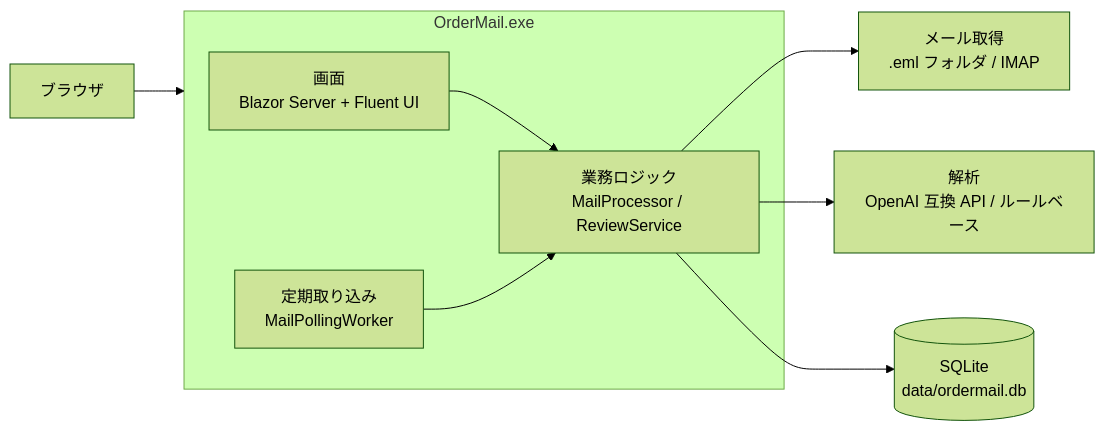
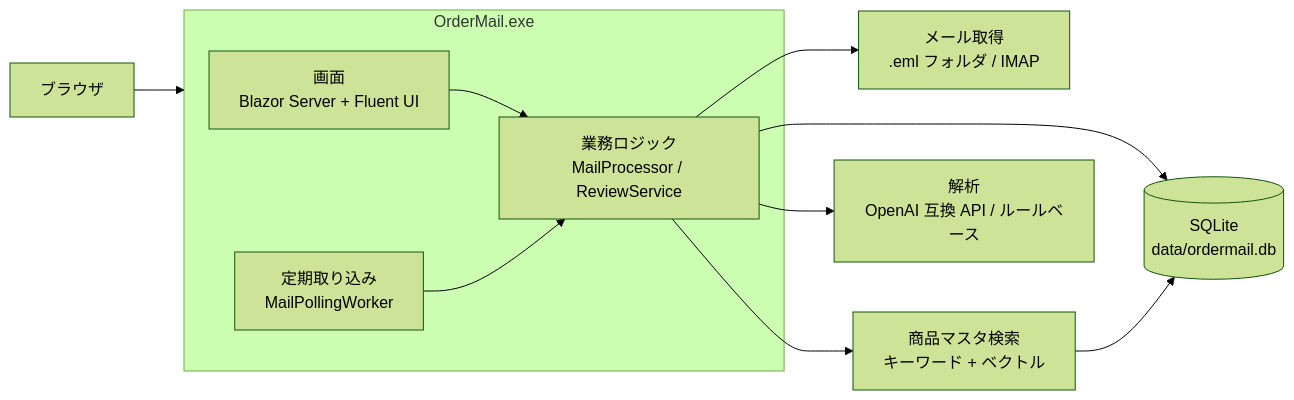
Before and after one commit to Shohei-Yamashiro/order-mail-ai: the first of 2 diagrams in README.md, drawn with Mermaid (forest theme). The commit also changed other lines of this file and 34 other files, not shown here.

````diff
--- a/README.md
+++ b/README.md
@@ -22,14 +24,16 @@
 ```mermaid
 flowchart LR
   B[ブラウザ] --> APP
   subgraph APP["OrderMail.exe"]
     UI[画面<br/>Blazor Server + Fluent UI]
     SVC[業務ロジック<br/>MailProcessor / ReviewService]
     W[定期取り込み<br/>MailPollingWorker]
   end
   UI --> SVC
   W --> SVC
   SVC --> SRC[メール取得<br/>.eml フォルダ / IMAP]
+  SVC --> CAT[商品マスタ検索<br/>キーワード + ベクトル]
   SVC --> AI[解析<br/>OpenAI 互換 API / ルールベース]
   SVC --> DB[(SQLite<br/>data/ordermail.db)]
+  CAT --> DB
 ```
````
